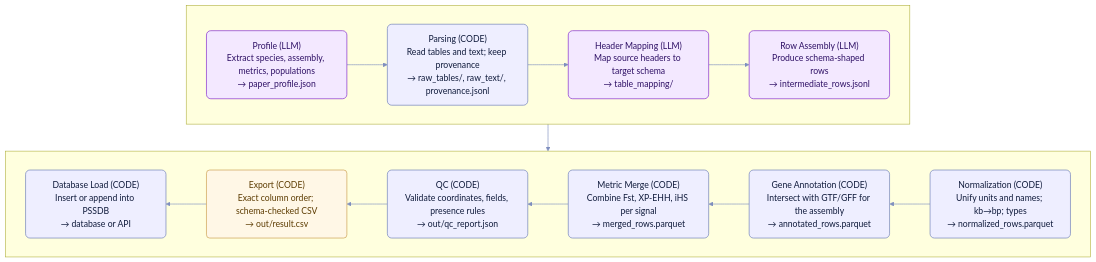
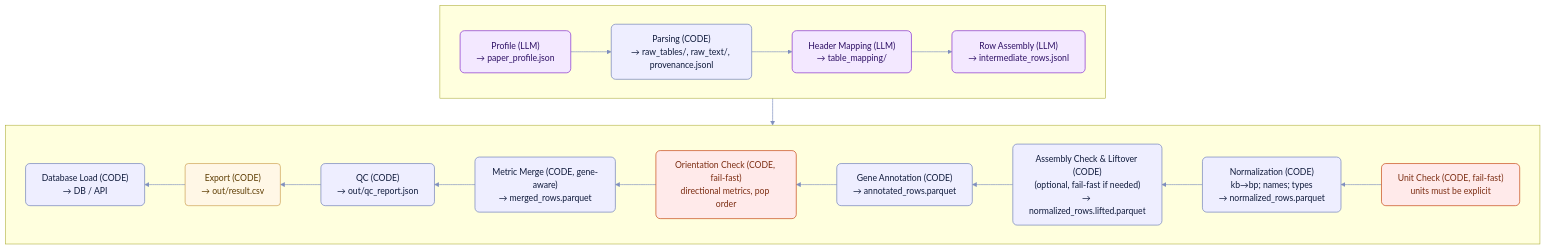
The diagram in README.md (avelurin/phhackathon_almaty), drawn with Mermaid before and after one commit. The commit also changed other lines of this file, not shown here.

````diff
--- a/README.md
+++ b/README.md
@@ -6,34 +6,37 @@
 ```mermaid
 flowchart TB
   %% Styles
-  classDef llm fill:#f3e8ff,stroke:#7e22ce,stroke-width:1.2px,rx:8,ry:8,color:#2e1065;
+  classDef llm  fill:#f3e8ff,stroke:#7e22ce,stroke-width:1.2px,rx:8,ry:8,color:#2e1065;
   classDef code fill:#eef,stroke:#6b7bb6,stroke-width:1.2px,rx:8,ry:8,color:#0f1a3b;
-  classDef out fill:#fff7e6,stroke:#c08a2d,rx:6,ry:6,color:#5c3b00;
+  classDef gate fill:#ffeaea,stroke:#c2410c,stroke-width:1.2px,rx:8,ry:8,color:#7c2d12;
+  classDef out  fill:#fff7e6,stroke:#c08a2d,rx:6,ry:6,color:#5c3b00;
   linkStyle default stroke:#7f8fbf,stroke-width:1.2px
 
   %% Top row (left → right)
   subgraph TOP[ ]
     direction LR
-    A["Profile (LLM)<br/>Extract species, assembly, metrics, populations<br/>→ paper_profile.json"]:::llm
-    B["Parsing (CODE)<br/>Read tables and text; keep provenance<br/>→ raw_tables/, raw_text/, provenance.jsonl"]:::code
-    C["Header Mapping (LLM)<br/>Map source headers to target schema<br/>→ table_mapping/"]:::llm
-    D["Row Assembly (LLM)<br/>Produce schema-shaped rows<br/>→ intermediate_rows.jsonl"]:::llm
+    A["Profile (LLM)<br/>→ paper_profile.json"]:::llm
+    B["Parsing (CODE)<br/>→ raw_tables/, raw_text/, provenance.jsonl"]:::code
+    C["Header Mapping (LLM)<br/>→ table_mapping/"]:::llm
+    D["Row Assembly (LLM)<br/>→ intermediate_rows.jsonl"]:::llm
   end
 
   %% Bottom row (right → left)
   subgraph BOTTOM[ ]
     direction RL
-    E["Normalization (CODE)<br/>Unify units and names; kb→bp; types<br/>→ normalized_rows.parquet"]:::code
-    F["Gene Annotation (CODE)<br/>Intersect with GTF/GFF for the assembly<br/>→ annotated_rows.parquet"]:::code
-    G["Metric Merge (CODE)<br/>Combine Fst, XP-EHH, iHS per signal<br/>→ merged_rows.parquet"]:::code
-    H["QC (CODE)<br/>Validate coordinates, fields, presence rules<br/>→ out/qc_report.json"]:::code
-    I["Export (CODE)<br/>Exact column order; schema-checked CSV<br/>→ out/result.csv"]:::out
-    J["Database Load (CODE)<br/>Insert or append into PSSDB<br/>→ database or API"]:::code
+    E1["Unit Check (CODE, fail-fast)<br/>units must be explicit"]:::gate
+    E2["Normalization (CODE)<br/>kb→bp; names; types<br/>→ normalized_rows.parquet"]:::code
+    F["Assembly Check & Liftover (CODE)<br/>(optional, fail-fast if needed)<br/>→ normalized_rows.lifted.parquet"]:::code
+    G["Gene Annotation (CODE)<br/>→ annotated_rows.parquet"]:::code
+    H1["Orientation Check (CODE, fail-fast)<br/>directional metrics, pop order"]:::gate
+    H2["Metric Merge (CODE, gene-aware)<br/>→ merged_rows.parquet"]:::code
+    I["QC (CODE)<br/>→ out/qc_report.json"]:::code
+    J["Export (CODE)<br/>→ out/result.csv"]:::out
+    K["Database Load (CODE)<br/>→ DB / API"]:::code
   end
 
-  %% Flow connections forming an S
-  A --> B --> C --> D --> E
-  E --> F --> G --> H --> I --> J
+  %% S-flow
+  A --> B --> C --> D --> E1 --> E2 --> F --> G --> H1 --> H2 --> I --> J --> K
 
 
 ```
````
